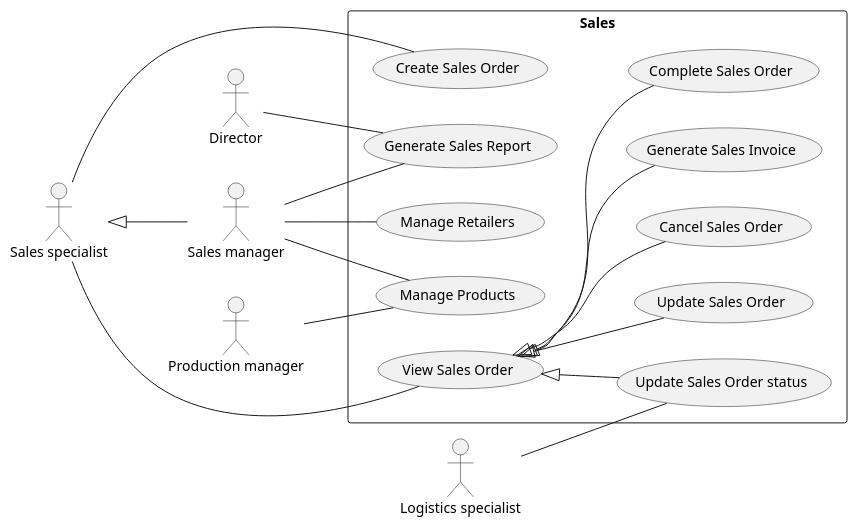
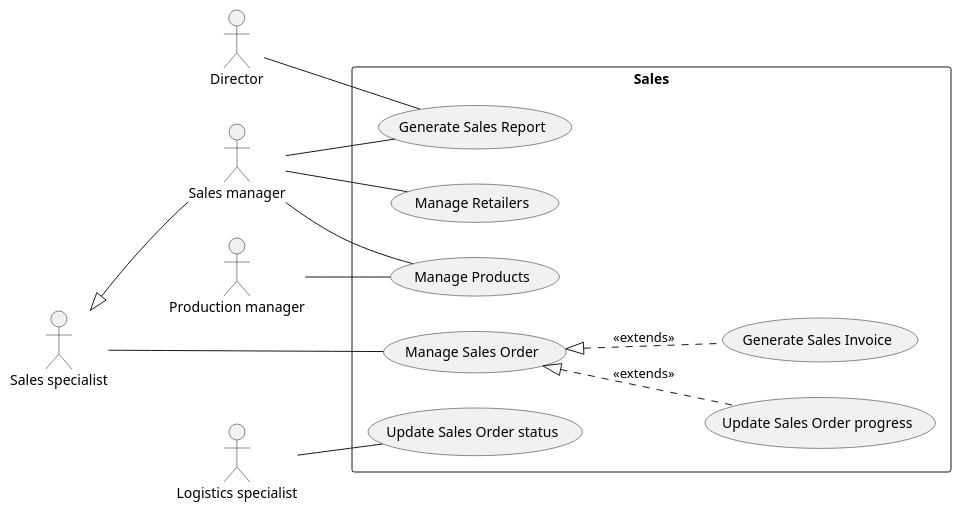
One commit to phihungha/SE357-Practice-class changed the diagram in Lab1/Lab1.2/use-cases/sales.plantuml. Above: the diagram before and after it, drawn with PlantUML. The commit also changed 21 other files, not shown here.

Commit message:
Reduce use case number and split class diagram

```diff
--- a/Lab1/Lab1.2/use-cases/sales.plantuml
+++ b/Lab1/Lab1.2/use-cases/sales.plantuml
@@ -1,30 +1,26 @@
-@startuml Sales
+@startuml sales
 left to right direction
 
 :Director: as d
 
 :Production manager: as pm
 
 :Sales specialist: as s
 :Sales manager: as sm
 s <|-- sm
 
 :Logistics specialist: as ls
 
 rectangle Sales {
-    s -- (Create Sales Order)
-    s -- (View Sales Order)
-    (View Sales Order) <|-- (Update Sales Order)
-    (View Sales Order) <|-- (Update Sales Order status)
-    (View Sales Order) <|-- (Cancel Sales Order)
+    s -- (Manage Sales Order)
+    (Manage Sales Order) <|.. (Update Sales Order progress) : <<extends>>
     ls -- (Update Sales Order status)
-    (View Sales Order) <|-- (Generate Sales Invoice)
-    (View Sales Order) <|-- (Complete Sales Order)
+    (Manage Sales Order) <|.. (Generate Sales Invoice) : <<extends>>
 
     sm -- (Generate Sales Report)
     d -- (Generate Sales Report)
     pm -- (Manage Products)
     sm -- (Manage Products)
     sm -- (Manage Retailers)
 }
 @enduml
```
